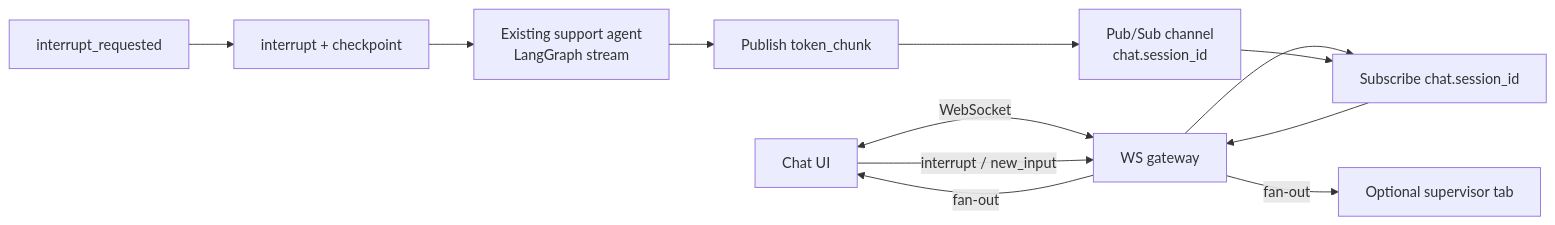
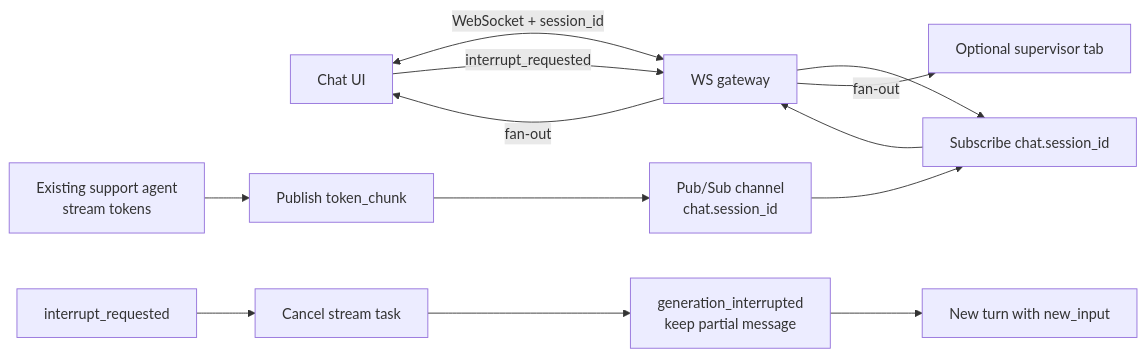
The diagram in content/projects/ai-eng-milestone-real-time-communication/.learn/solution/README.md (4GeeksAcademy/ai-engineering-syllabus), drawn with Mermaid before and after one commit. The commit also changed other lines of this file and 16 other files, not shown here.

````diff
--- a/content/projects/ai-eng-milestone-real-time-communication/.learn/solution/README.md
+++ b/content/projects/ai-eng-milestone-real-time-communication/.learn/solution/README.md
@@ -9,14 +9,15 @@
 ```mermaid
 flowchart LR
-  UI[Chat UI] <-->|WebSocket| WS[WS gateway]
-  UI -->|interrupt / new_input| WS
+  UI[Chat UI] <-->|WebSocket + session_id| WS[WS gateway]
+  UI -->|interrupt_requested| WS
   WS --> SUB[Subscribe chat.session_id]
-  AGENT[Existing support agent<br/>LangGraph stream] --> PUB[Publish token_chunk]
+  AGENT[Existing support agent<br/>stream tokens] --> PUB[Publish token_chunk]
   PUB --> BUS[Pub/Sub channel<br/>chat.session_id]
   BUS --> SUB
   SUB --> WS
   WS -->|fan-out| UI
   WS -->|fan-out| SUP[Optional supervisor tab]
-  INT[interrupt_requested] --> CKPT[interrupt + checkpoint]
-  CKPT --> AGENT
+  INT[interrupt_requested] --> ABORT[Cancel stream task]
+  ABORT --> MARK[generation_interrupted<br/>keep partial message]
+  MARK --> NEW[New turn with new_input]
 ```
````
